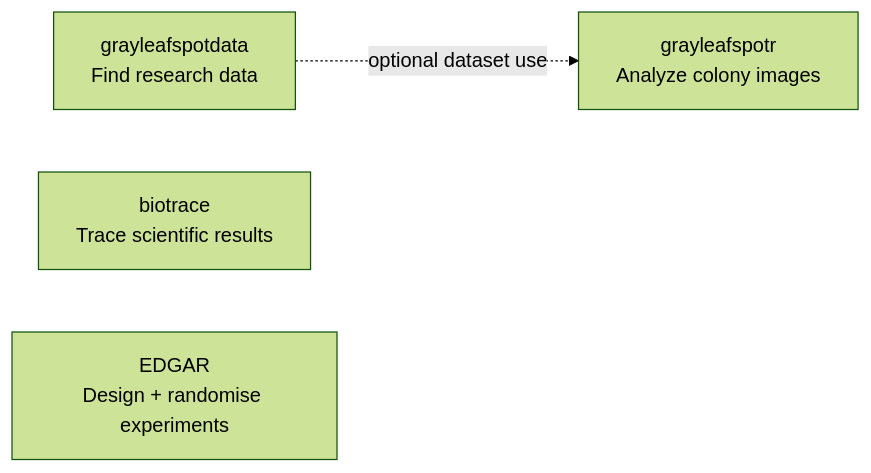
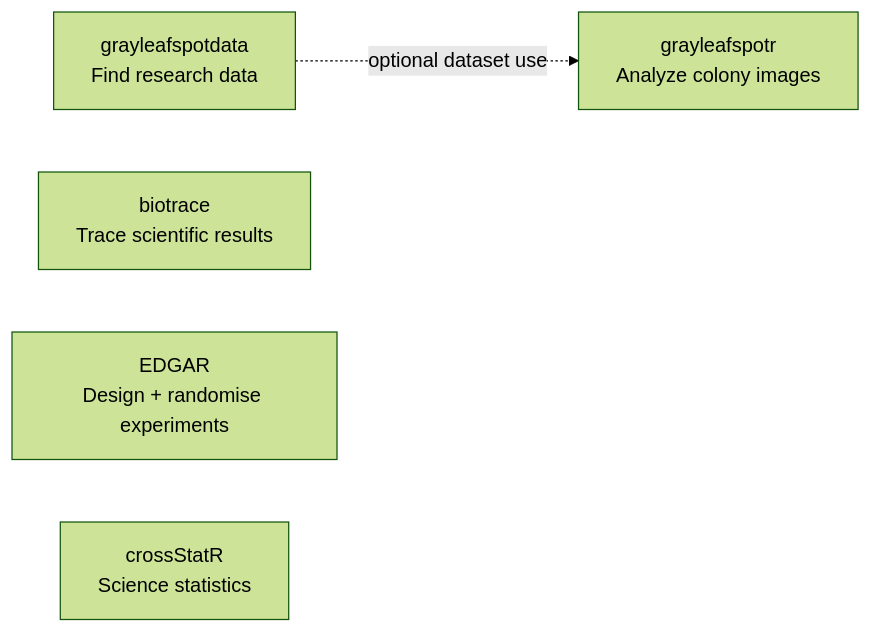
Before and after one commit to rotsl/rotsl.r-universe.dev: the sixth of 6 diagrams in README.md, drawn with Mermaid (forest theme). The commit also changed other lines of this file, not shown here.

````diff
--- a/README.md
+++ b/README.md
@@ -256,9 +293,10 @@
 ```mermaid
 flowchart LR
     A["grayleafspotdata<br/>Find research data"]
     B["grayleafspotr<br/>Analyze colony images"]
     C["biotrace<br/>Trace scientific results"]
     D["EDGAR<br/>Design + randomise experiments"]
+    E["crossStatR<br/>Science statistics"]
 
     A -. "optional dataset use" .-> B
 ```
````
